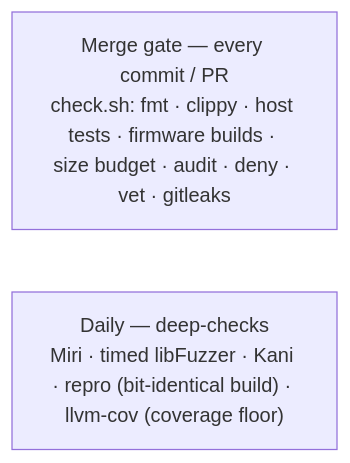
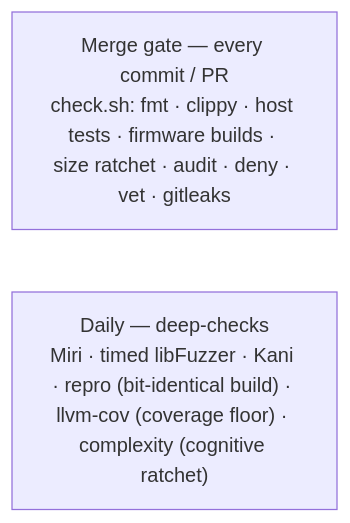
Before and after one commit to lockedmutex/RS-Key: the second of 2 diagrams in docs/testing.md, drawn with Mermaid. The commit also changed other lines of this file and 7 other files, not shown here.

First line of the commit message:
feat(gate): self-guarding metrics — complexity and flash-size ratchets

````diff
--- a/docs/testing.md
+++ b/docs/testing.md
@@ -274,6 +276,6 @@
 ```mermaid
 flowchart TB
-    a["Merge gate — every commit / PR<br/>check.sh: fmt · clippy · host tests · firmware builds · size budget · audit · deny · vet · gitleaks"]
-    b["Daily — deep-checks<br/>Miri · timed libFuzzer · Kani · repro (bit-identical build) · llvm-cov (coverage floor)"]
+    a["Merge gate — every commit / PR<br/>check.sh: fmt · clippy · host tests · firmware builds · size ratchet · audit · deny · vet · gitleaks"]
+    b["Daily — deep-checks<br/>Miri · timed libFuzzer · Kani · repro (bit-identical build) · llvm-cov (coverage floor) · complexity (cognitive ratchet)"]
     a ~~~ b
 ```
````
